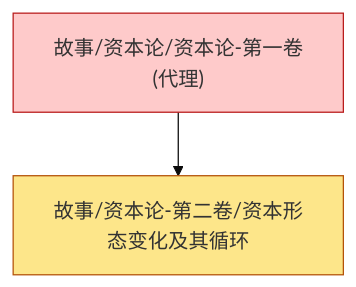
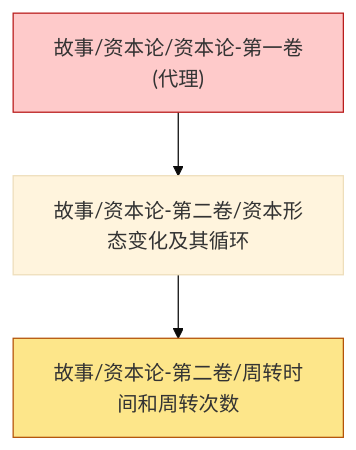
The diagram in content/故事/资本论-第二卷/dependency_graph.md (zeroDtree/zeroDtree.github.io), drawn with Mermaid (base theme) before and after one commit. The commit also changed 3 other files, not shown here.

````diff
--- a/content/故事/资本论-第二卷/dependency_graph.md
+++ b/content/故事/资本论-第二卷/dependency_graph.md
@@ -1,11 +1,13 @@
 ```mermaid
 %%{init: {'flowchart': {'curve': 'stepAfter'}}}%%
 graph TD
 1["故事/资本论/资本论-第一卷(代理)"] --> 0["故事/资本论-第二卷/资本形态变化及其循环"]
+0["故事/资本论-第二卷/资本形态变化及其循环"] --> 2["故事/资本论-第二卷/周转时间和周转次数"]
 classDef leaf fill:#fde68a,stroke:#b45309
-class 0 leaf
+class 2 leaf
 classDef externalRoot fill:#fecaca,stroke:#b91c1c
 class 1 externalRoot
 click 0 "/故事/资本论-第二卷/资本形态变化及其循环" "故事/资本论-第二卷/资本形态变化及其循环"
 click 1 "/故事/资本论/资本论-第一卷(代理)" "故事/资本论/资本论-第一卷(代理)"
+click 2 "/故事/资本论-第二卷/周转时间和周转次数" "故事/资本论-第二卷/周转时间和周转次数"
 ```
````
